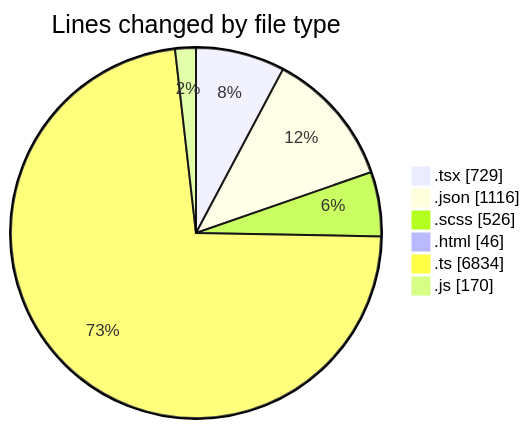
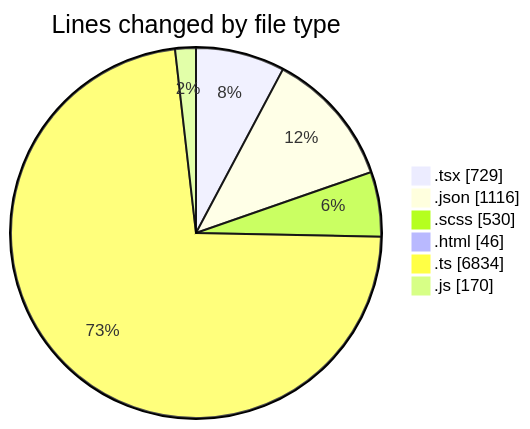
Before and after one commit to momahboobian/code-tracking: the first of 2 diagrams in 2026-04-14/cda/README.md, drawn with Mermaid. The commit also changed other lines of this file and 1 other file, not shown here.

````diff
--- a/2026-04-14/cda/README.md
+++ b/2026-04-14/cda/README.md
@@ -42,10 +42,10 @@
 ```mermaid
 pie showData
 title Lines changed by file type
 ".tsx" : 729
 ".json" : 1116
-".scss" : 526
+".scss" : 530
 ".html" : 46
 ".ts" : 6834
 ".js" : 170
 ```
````
